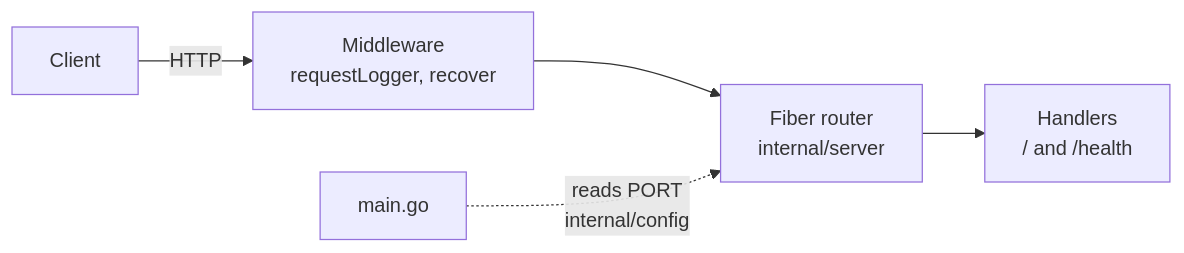
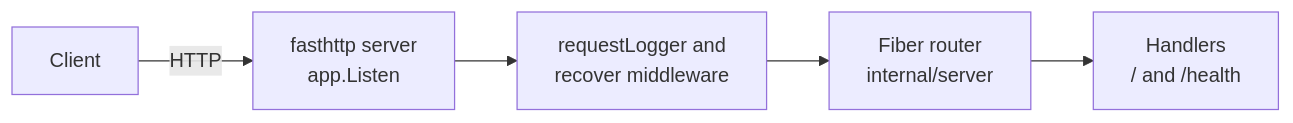
Before and after one commit to light-cloud-com/templates: the diagram in starters/starter-fiber/README.md, drawn with Mermaid. The commit also changed other lines of this file and 2 other files, not shown here.

````diff
--- a/starters/starter-fiber/README.md
+++ b/starters/starter-fiber/README.md
@@ -28,7 +95,7 @@
 ```mermaid
 flowchart LR
-    client["Client"] -->|HTTP| mw["Middleware<br/>requestLogger, recover"]
+    client["Client"] -->|HTTP| fasthttp["fasthttp server<br/>app.Listen"]
+    fasthttp --> mw["requestLogger and<br/>recover middleware"]
     mw --> router["Fiber router<br/>internal/server"]
     router --> handlers["Handlers<br/>/ and /health"]
-    main["main.go"] -.->|"reads PORT<br/>internal/config"| router
 ```
````
